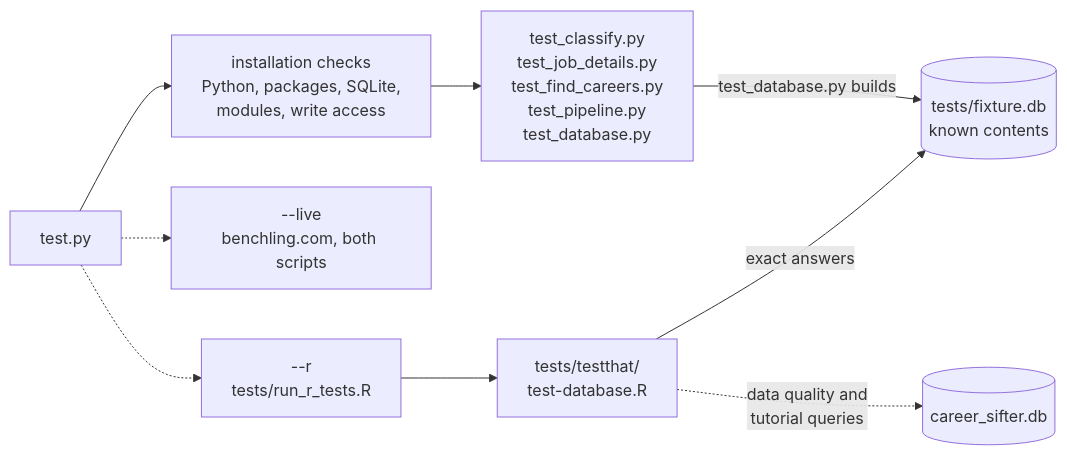
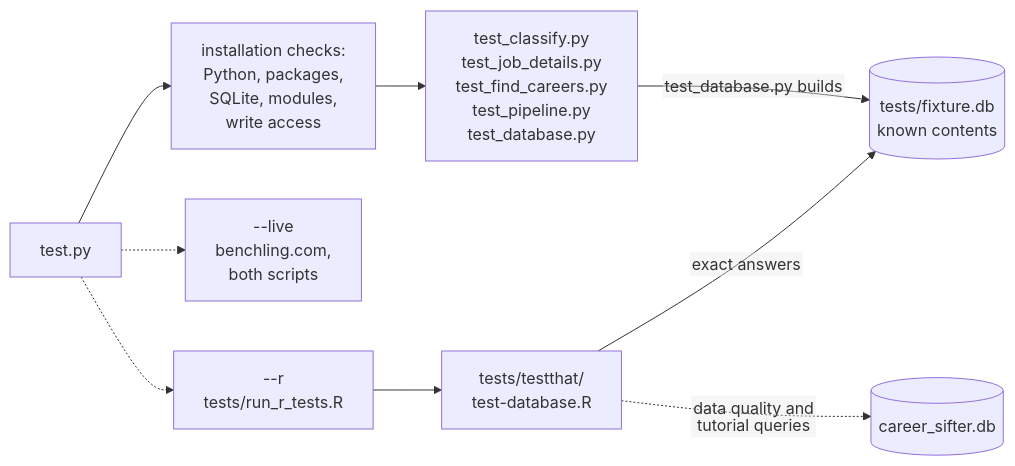
Before and after one commit to gonzalou77/career-sifter: the seventh of 7 diagrams in ARCHITECTURE.md, drawn with Mermaid. The commit also changed other lines of this file, not shown here.

First line of the commit message:
Fix clipped text in architecture diagrams

````diff
--- a/ARCHITECTURE.md
+++ b/ARCHITECTURE.md
@@ -329,18 +341,19 @@
 ```mermaid
+%%{init: {"flowchart": {"htmlLabels": false}} }%%
 flowchart LR
     t["test.py"]
-    i["installation checks<br/>Python, packages, SQLite,<br/>modules, write access"]
+    i["installation checks:<br/>Python, packages,<br/>SQLite, modules,<br/>write access"]
     py["test_classify.py<br/>test_job_details.py<br/>test_find_careers.py<br/>test_pipeline.py<br/>test_database.py"]
     fx[("tests/fixture.db<br/>known contents")]
-    live["--live<br/>benchling.com, both scripts"]
+    live["--live<br/>benchling.com,<br/>both scripts"]
     r["--r<br/>tests/run_r_tests.R"]
     rt["tests/testthat/<br/>test-database.R"]
     real[("career_sifter.db")]
 
     t --> i --> py
     py -->|"test_database.py builds"| fx
     t -.-> live
     t -.-> r --> rt
     rt -->|"exact answers"| fx
     rt -.->|"data quality and<br/>tutorial queries"| real
 ```
````
